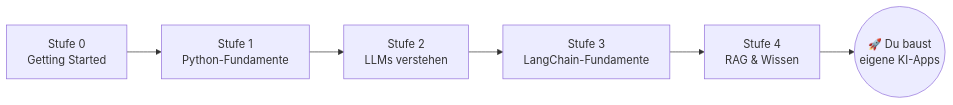
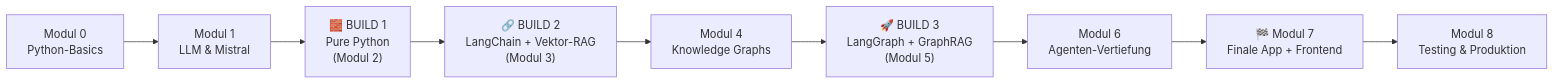
One commit to juusch/agent_framework_learning changed the diagram in docs/learning-roadmap.md. Above: the diagram before and after it, drawn with Mermaid. The commit also changed other lines of this file and 44 other files, not shown here.

Commit message:
refactor: Build-It-3-Times-Kurrikulums – 9 Module, 23 konsolidierte Aufgaben, Vergleichs-Doku 'Same Problem, Three Architectures', Build 1 (Pure Python) mit frueher Streamlit-Oberflaeche, alle Solutions umgezogen und getestet

````diff
--- a/docs/learning-roadmap.md
+++ b/docs/learning-roadmap.md
@@ -5,8 +7,11 @@
 ```mermaid
 flowchart LR
-    A[Stufe 0<br/>Getting Started] --> B[Stufe 1<br/>Python-Fundamente]
-    B --> C[Stufe 2<br/>LLMs verstehen]
-    C --> D[Stufe 3<br/>LangChain-Fundamente]
-    D --> E[Stufe 4<br/>RAG & Wissen]
-    E --> F((🚀 Du baust<br/>eigene KI-Apps))
+    M0[Modul 0<br/>Python-Basics] --> M1[Modul 1<br/>LLM & Mistral]
+    M1 --> B1["🧱 BUILD 1<br/>Pure Python<br/>(Modul 2)"]
+    B1 --> B2["🔗 BUILD 2<br/>LangChain + Vektor-RAG<br/>(Modul 3)"]
+    B2 --> KG[Modul 4<br/>Knowledge Graphs]
+    KG --> B3["🚀 BUILD 3<br/>LangGraph + GraphRAG<br/>(Modul 5)"]
+    B3 --> AG[Modul 6<br/>Agenten-Vertiefung]
+    AG --> FIN["🏁 Modul 7<br/>Finale App + Frontend"]
+    FIN --> PROD[Modul 8<br/>Testing & Produktion]
 ```
````
